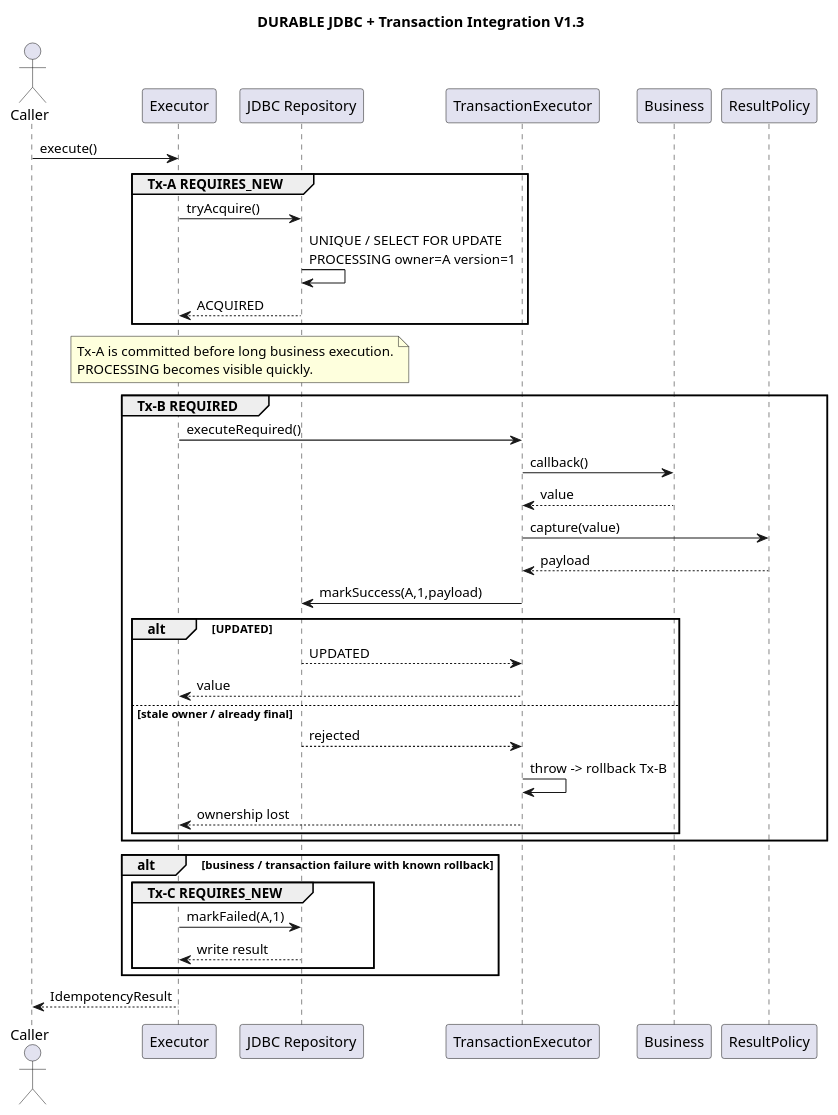
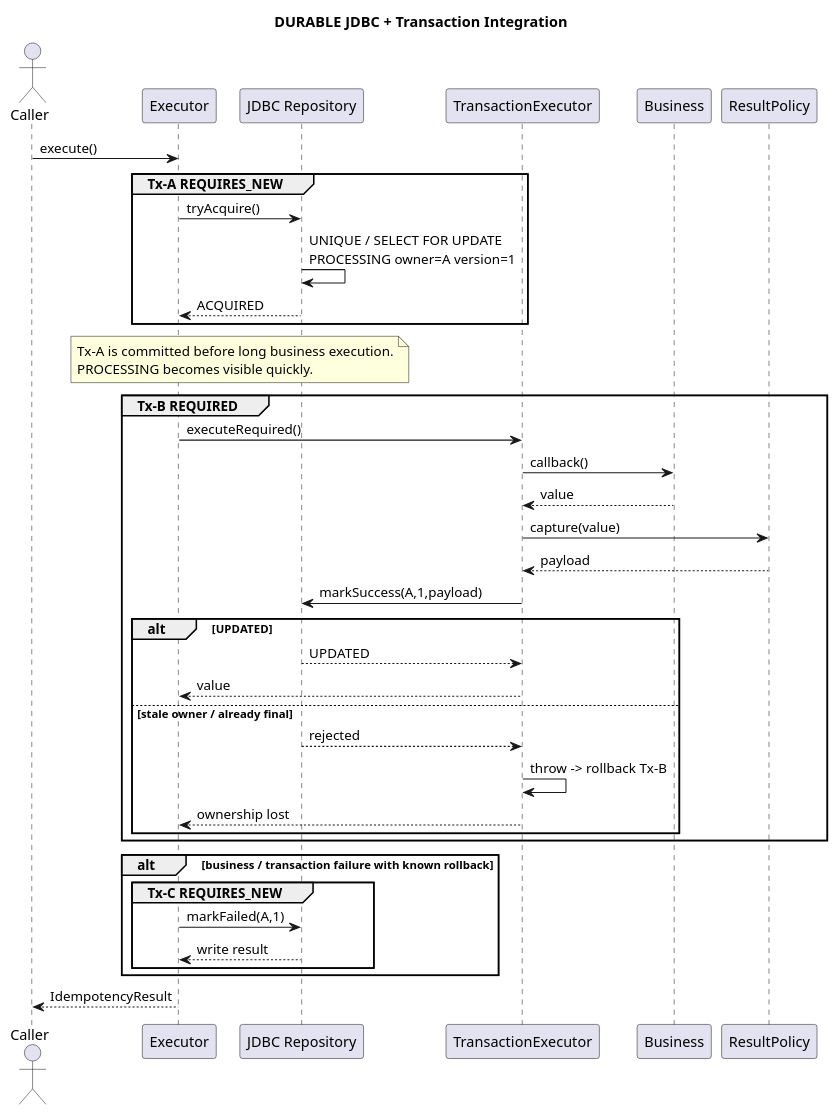
One commit to pbxjtumse/cola-web-standard changed the diagram in component/idempotent-component/docs/diagrams/sequence/L2-durable-jdbc.puml. Above: the diagram before and after it, drawn with PlantUML. The commit also changed 47 other files, not shown here.

```diff
--- a/component/idempotent-component/docs/diagrams/sequence/L2-durable-jdbc.puml
+++ b/component/idempotent-component/docs/diagrams/sequence/L2-durable-jdbc.puml
@@ -1,49 +1,49 @@
 @startuml
-title DURABLE JDBC + Transaction Integration V1.3
+title DURABLE JDBC + Transaction Integration
 
 actor Caller
 participant "Executor" as E
 participant "JDBC Repository" as R
 participant "TransactionExecutor" as TX
 participant "Business" as B
 participant "ResultPolicy" as RP
 
 Caller -> E : execute()
 
 group Tx-A REQUIRES_NEW
   E -> R : tryAcquire()
   R -> R : UNIQUE / SELECT FOR UPDATE\nPROCESSING owner=A version=1
   R --> E : ACQUIRED
 end
 
 note over E,R
 Tx-A is committed before long business execution.
 PROCESSING becomes visible quickly.
 end note
 
 group Tx-B REQUIRED
   E -> TX : executeRequired()
   TX -> B : callback()
   B --> TX : value
   TX -> RP : capture(value)
   RP --> TX : payload
   TX -> R : markSuccess(A,1,payload)
   alt UPDATED
     R --> TX : UPDATED
     TX --> E : value
   else stale owner / already final
     R --> TX : rejected
     TX -> TX : throw -> rollback Tx-B
     TX --> E : ownership lost
   end
 end
 
 alt business / transaction failure with known rollback
   group Tx-C REQUIRES_NEW
     E -> R : markFailed(A,1)
     R --> E : write result
   end
 end
 
 E --> Caller : IdempotencyResult
 @enduml
```
